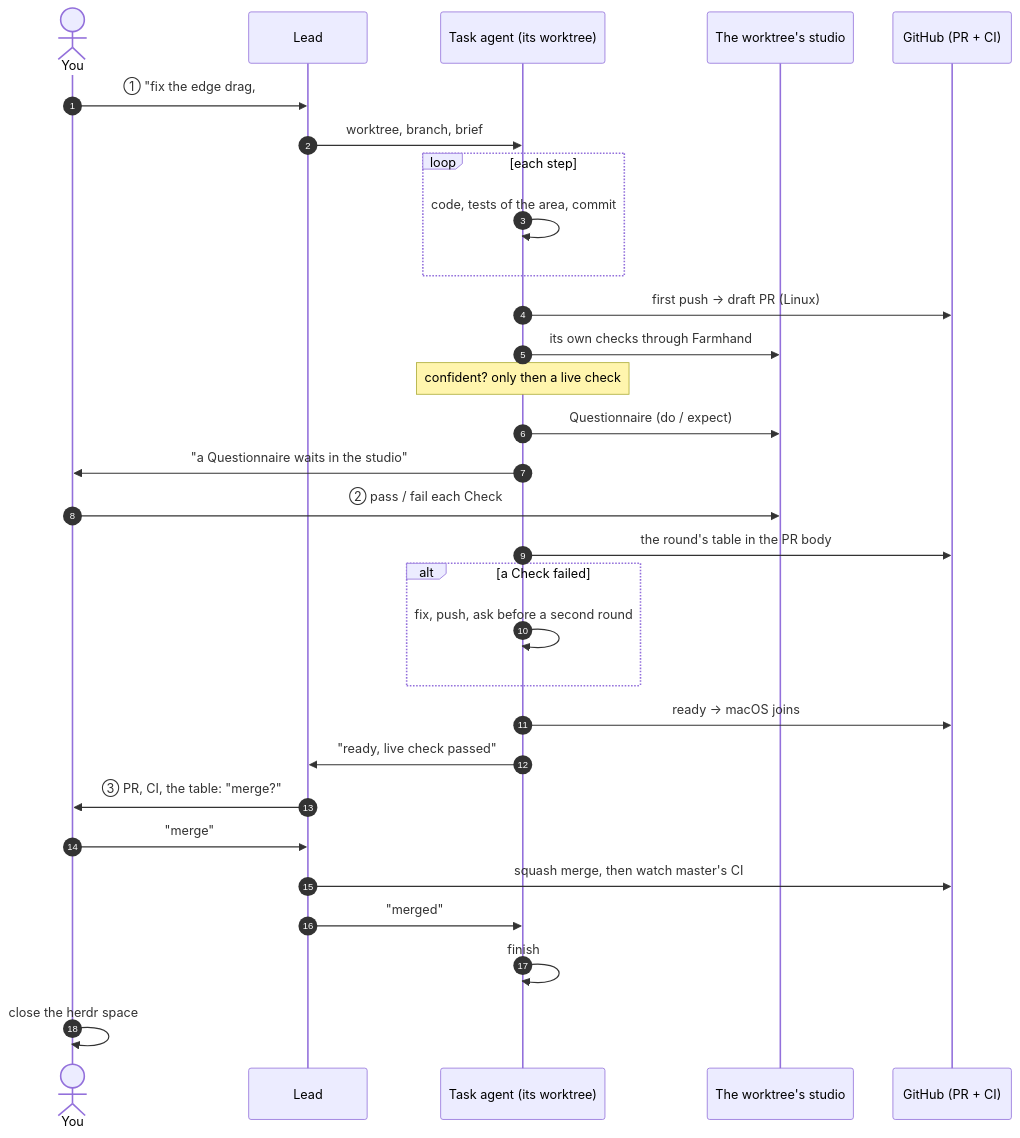
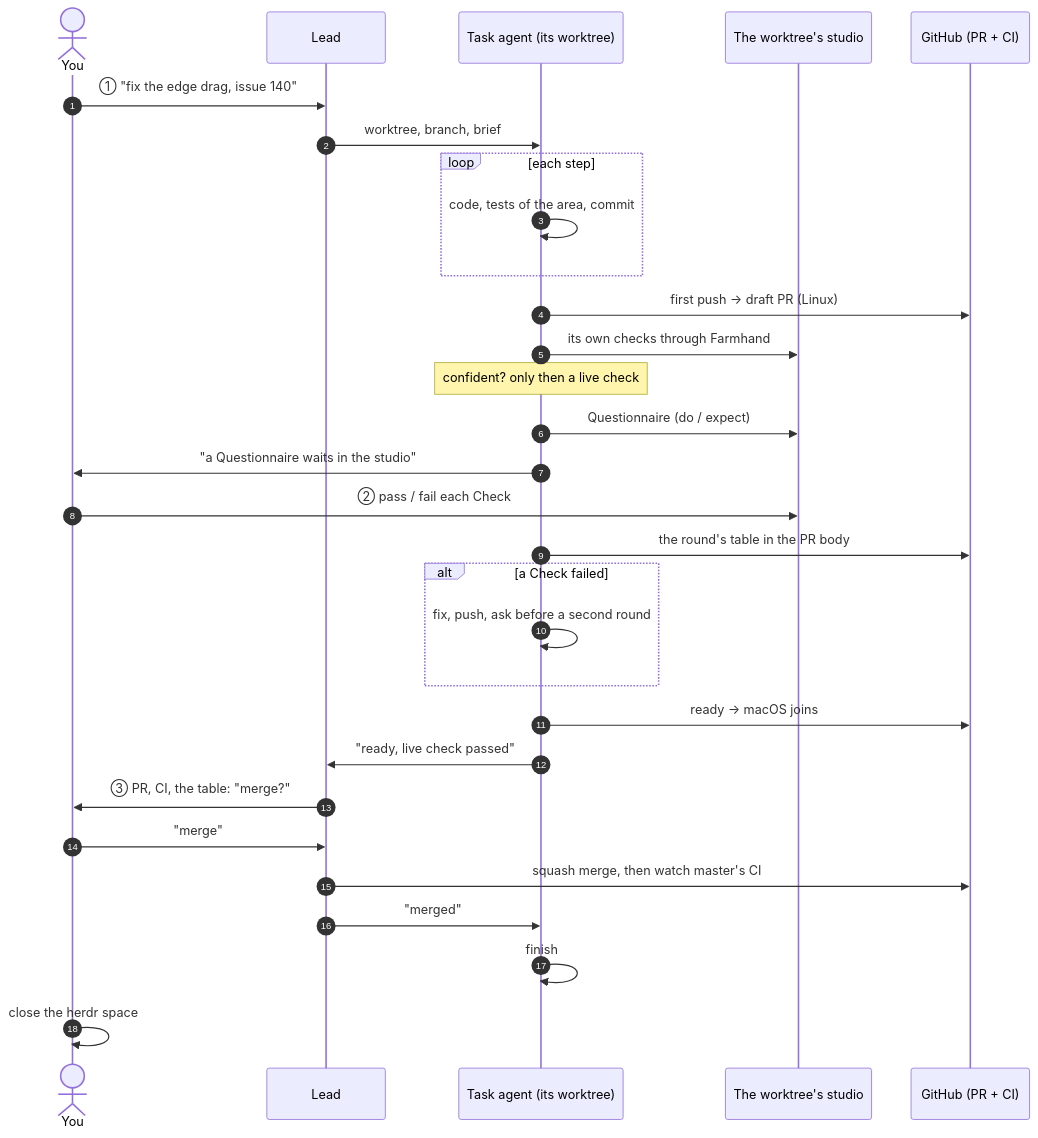
The diagram in docs/workflows/task-with-live-check.md (going-haywire/haywire), drawn with Mermaid before and after one commit. The commit also changed 6 other files, not shown here.

First line of the commit message:
fix(docs): Mermaid diagrams parse and stay legible in dark mode

````diff
--- a/docs/workflows/task-with-live-check.md
+++ b/docs/workflows/task-with-live-check.md
@@ -16,33 +16,33 @@
 ```mermaid
 sequenceDiagram
     autonumber
     actor You
     participant Lead
     participant Task as Task agent (its worktree)
     participant Studio as The worktree's studio
     participant GH as GitHub (PR + CI)
 
-    You->>Lead: ① "fix the edge drag, #140"
+    You->>Lead: ① "fix the edge drag, issue 140"
     Lead->>Task: worktree, branch, brief
     loop each step
         Task->>Task: code, tests of the area, commit
     end
     Task->>GH: first push → draft PR (Linux)
     Task->>Studio: its own checks through Farmhand
     Note over Task: confident? only then a live check
     Task->>Studio: Questionnaire (do / expect)
     Task->>You: "a Questionnaire waits in the studio"
     You->>Studio: ② pass / fail each Check
     Task->>GH: the round's table in the PR body
     alt a Check failed
         Task->>Task: fix, push, ask before a second round
     end
     Task->>GH: ready → macOS joins
     Task->>Lead: "ready, live check passed"
     Lead->>You: ③ PR, CI, the table: "merge?"
     You->>Lead: "merge"
     Lead->>GH: squash merge, then watch master's CI
     Lead->>Task: "merged"
     Task->>Task: finish
     You->>You: close the herdr space
 ```
````
